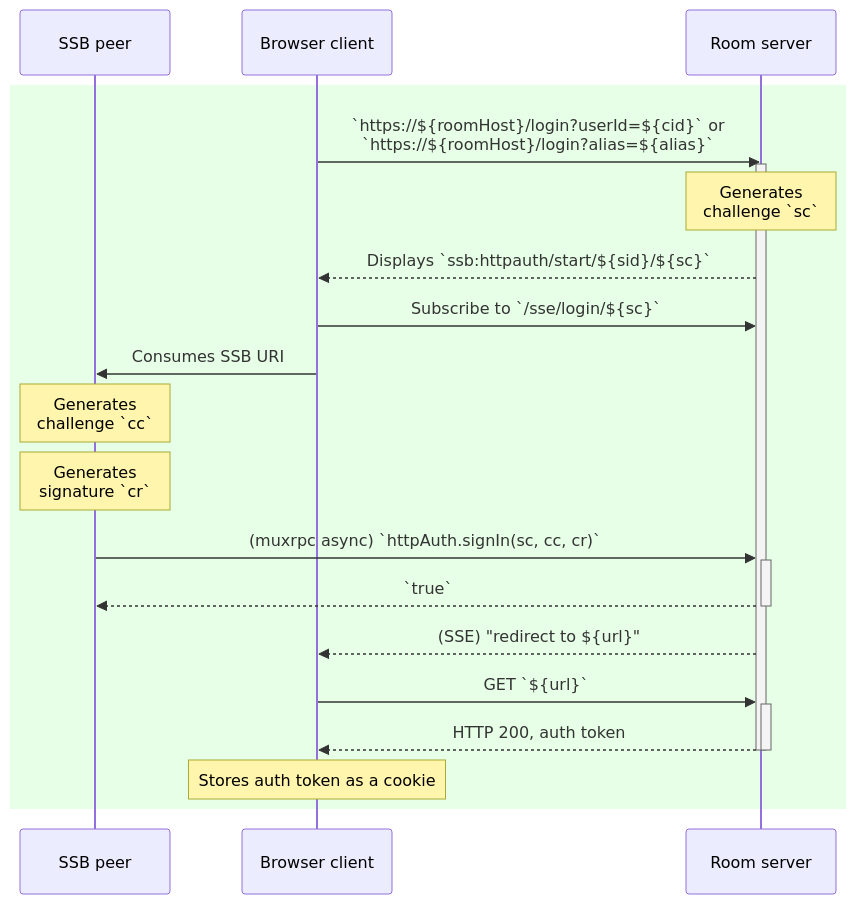
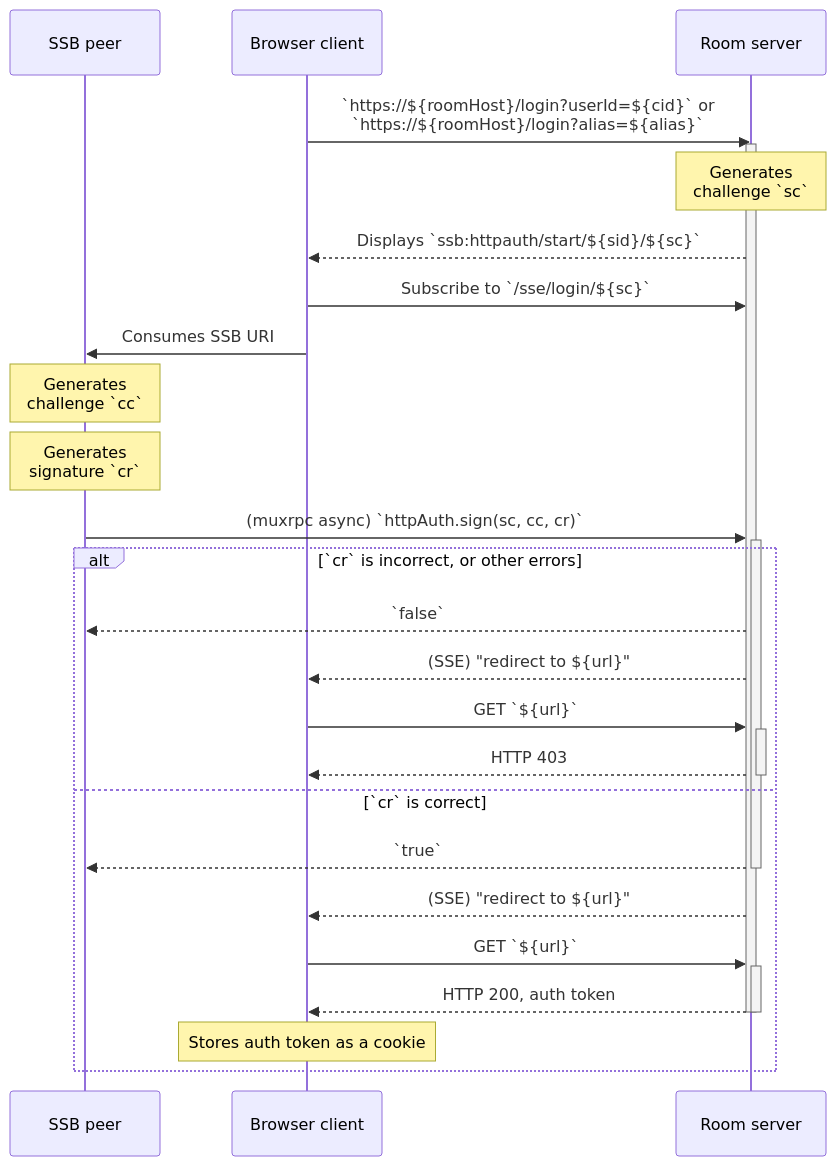
Before and after one commit to ssbc/rooms2: the second of 4 diagrams in docs/Setup/Sign-in with SSB.md, drawn with Mermaid. The commit also changed other lines of this file, not shown here.

Commit message:
consolidate UML diagrams for sign-in with ssb

````diff
--- a/docs/Setup/Sign-in with SSB.md
+++ b/docs/Setup/Sign-in with SSB.md
@@ -91,24 +66,29 @@
 ```mermaid
 sequenceDiagram
   participant Umux as SSB peer
   participant Uweb as Browser client
   participant R as Room server
 
-  rect rgb(230, 255, 230)
-    Uweb->>R: `https://${roomHost}/login?userId=${cid}` or<br/>`https://${roomHost}/login?alias=${alias}`
-    activate R
-    Note over R: Generates<br/>challenge `sc`
-    R-->>Uweb: Displays `ssb:httpauth/start/${sid}/${sc}`
-    Uweb->>R: Subscribe to `/sse/login/${sc}`
-    Uweb->>Umux: Consumes SSB URI
-    Note over Umux: Generates<br/>challenge `cc`
-    Note over Umux: Generates<br/>signature `cr`
-    Umux->>+R: (muxrpc async) `httpAuth.signIn(sc, cc, cr)`
+  Uweb->>R: `https://${roomHost}/login?userId=${cid}` or<br/>`https://${roomHost}/login?alias=${alias}`
+  activate R
+  Note over R: Generates<br/>challenge `sc`
+  R-->>Uweb: Displays `ssb:httpauth/start/${sid}/${sc}`
+  Uweb->>R: Subscribe to `/sse/login/${sc}`
+  Uweb->>Umux: Consumes SSB URI
+  Note over Umux: Generates<br/>challenge `cc`
+  Note over Umux: Generates<br/>signature `cr`
+  Umux->>+R: (muxrpc async) `httpAuth.sign(sc, cc, cr)`
+  alt `cr` is incorrect, or other errors
+    R-->>Umux: `false`
+    R-->>Uweb: (SSE) "redirect to ${url}"
+    Uweb->>+R: GET `${url}`
+    R-->>-Uweb: HTTP 403
+  else `cr` is correct
     R-->>-Umux: `true`
     R-->>Uweb: (SSE) "redirect to ${url}"
     Uweb->>+R: GET `${url}`
     R-->>-Uweb: HTTP 200, auth token
     deactivate R
     Note over Uweb: Stores auth token as a cookie
   end
 ```
````
